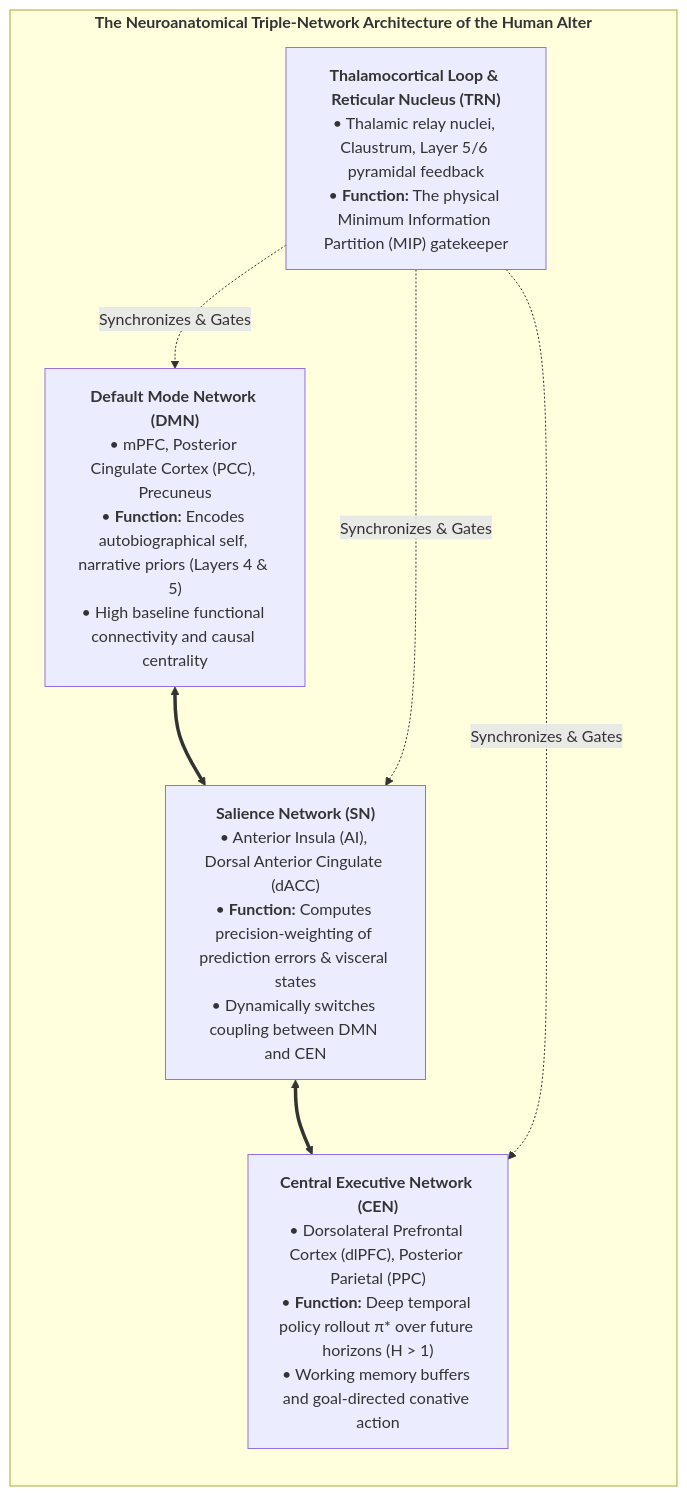
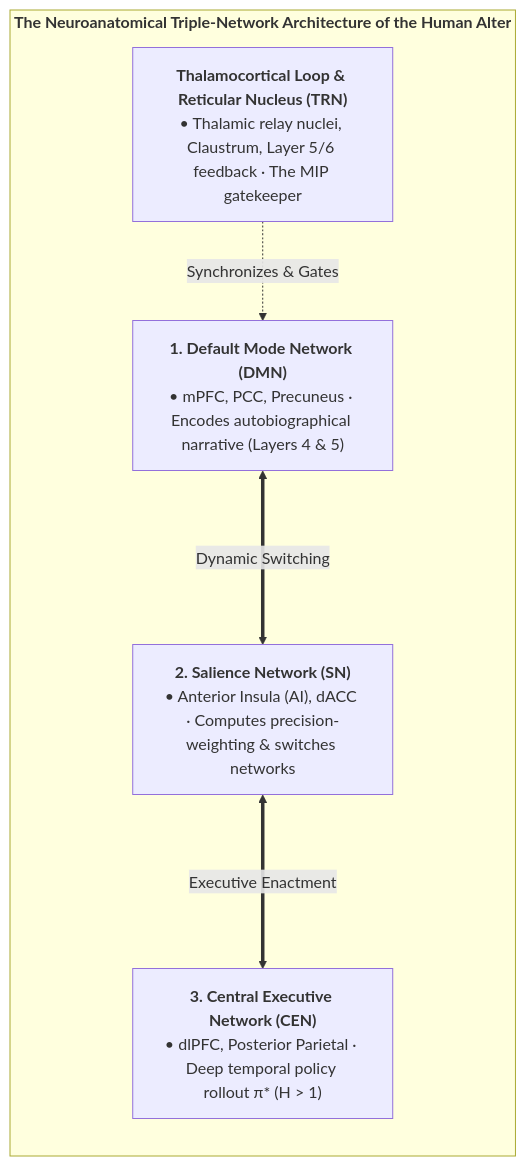
One commit to Thriebl/active-inference-phi-network changed the sixth of 7 diagrams in book/manuscript_en/04_fundamental_bridge_master_equivalence.md. Above: the diagram before and after it, drawn with Mermaid. The commit also changed other lines of this file and 16 other files, not shown here.

Commit message:
Enhance English monograph: standardize chart sizing, number figures/statements/tables, add lists before App E, link open-source repo

````diff
--- a/book/manuscript_en/04_fundamental_bridge_master_equivalence.md
+++ b/book/manuscript_en/04_fundamental_bridge_master_equivalence.md
@@ -235,19 +231,18 @@
 ```mermaid
 flowchart TD
     subgraph BRAIN_NETWORKS["<b>The Neuroanatomical Triple-Network Architecture of the Human Alter</b>"]
         direction TB
         
-        DMN["<b>Default Mode Network (DMN)</b><br>• mPFC, Posterior Cingulate Cortex (PCC), Precuneus<br>• <b>Function:</b> Encodes autobiographical self, narrative priors (Layers 4 & 5)<br>• High baseline functional connectivity and causal centrality"]
+        TRN["<b>Thalamocortical Loop & Reticular Nucleus (TRN)</b><br>• Thalamic relay nuclei, Claustrum, Layer 5/6 feedback · The MIP gatekeeper"]
         
-        SN["<b>Salience Network (SN)</b><br>• Anterior Insula (AI), Dorsal Anterior Cingulate (dACC)<br>• <b>Function:</b> Computes precision-weighting of prediction errors & visceral states<br>• Dynamically switches coupling between DMN and CEN"]
+        DMN["<b>1. Default Mode Network (DMN)</b><br>• mPFC, PCC, Precuneus · Encodes autobiographical narrative (Layers 4 & 5)"]
         
-        CEN["<b>Central Executive Network (CEN)</b><br>• Dorsolateral Prefrontal Cortex (dlPFC), Posterior Parietal (PPC)<br>• <b>Function:</b> Deep temporal policy rollout π* over future horizons (H > 1)<br>• Working memory buffers and goal-directed conative action"]
+        SN["<b>2. Salience Network (SN)</b><br>• Anterior Insula (AI), dACC · Computes precision-weighting & switches networks"]
         
-        TRN["<b>Thalamocortical Loop & Reticular Nucleus (TRN)</b><br>• Thalamic relay nuclei, Claustrum, Layer 5/6 pyramidal feedback<br>• <b>Function:</b> The physical Minimum Information Partition (MIP) gatekeeper"]
+        CEN["<b>3. Central Executive Network (CEN)</b><br>• dlPFC, Posterior Parietal · Deep temporal policy rollout π* (H > 1)"]
         
-        DMN <==> SN <==> CEN
-        TRN -.->|Synchronizes & Gates| DMN
-        TRN -.->|Synchronizes & Gates| SN
-        TRN -.->|Synchronizes & Gates| CEN
+        TRN -.->|"Synchronizes & Gates"| DMN
+        DMN <===>|"Dynamic Switching"| SN
+        SN <===>|"Executive Enactment"| CEN
     end
 ```
````
